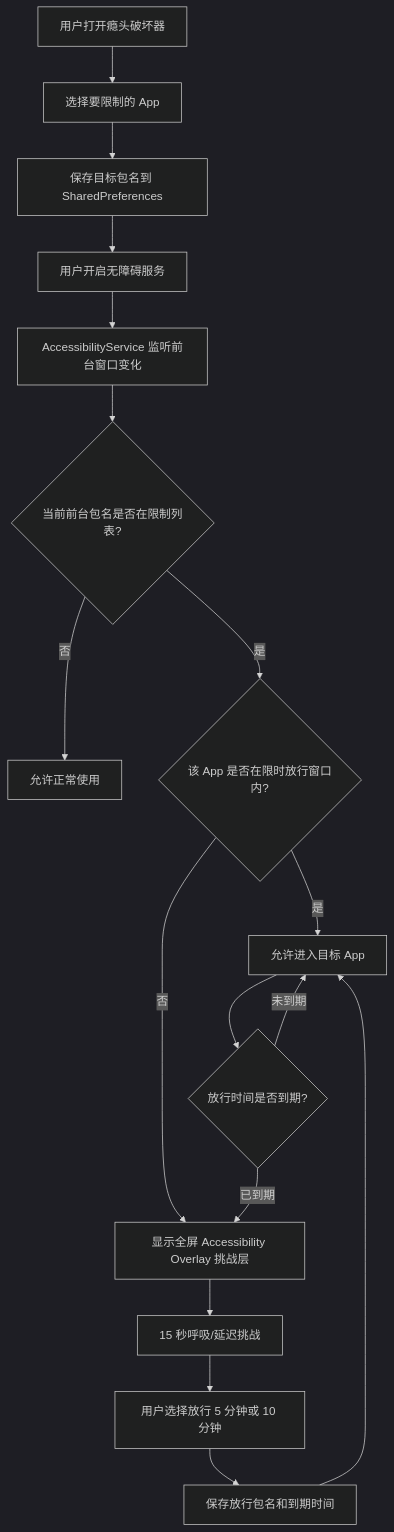
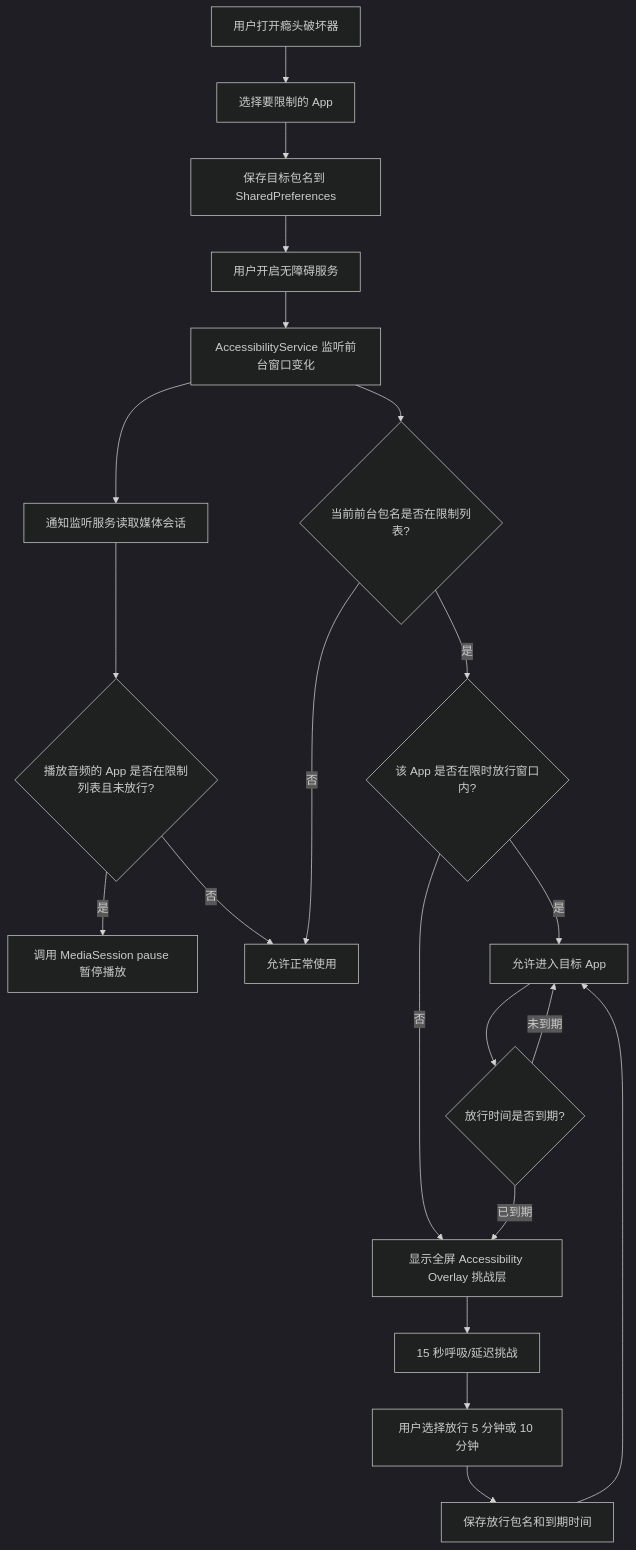
One commit to corlite/AddictionBuster changed the first of 2 diagrams in docs/功能触发示意图.md. Above: the diagram before and after it, drawn with Mermaid (dark theme). The commit also changed other lines of this file and 9 other files, not shown here.

Commit message:
feat: pause blocked background media

````diff
--- a/docs/功能触发示意图.md
+++ b/docs/功能触发示意图.md
@@ -11,19 +11,23 @@
 ```mermaid
 flowchart TD
     A["用户打开瘾头破坏器"] --> B["选择要限制的 App"]
     B --> C["保存目标包名到 SharedPreferences"]
     C --> D["用户开启无障碍服务"]
     D --> E["AccessibilityService 监听前台窗口变化"]
     E --> F{"当前前台包名是否在限制列表?"}
+    E --> P["通知监听服务读取媒体会话"]
+    P --> Q{"播放音频的 App 是否在限制列表且未放行?"}
+    Q -- "是" --> R["调用 MediaSession pause 暂停播放"]
+    Q -- "否" --> G
     F -- "否" --> G["允许正常使用"]
     F -- "是" --> H{"该 App 是否在限时放行窗口内?"}
     H -- "是" --> I["允许进入目标 App"]
     H -- "否" --> J["显示全屏 Accessibility Overlay 挑战层"]
     J --> K["15 秒呼吸/延迟挑战"]
     K --> L["用户选择放行 5 分钟或 10 分钟"]
     L --> M["保存放行包名和到期时间"]
     M --> I
     I --> N{"放行时间是否到期?"}
     N -- "未到期" --> I
     N -- "已到期" --> J
 ```
````
